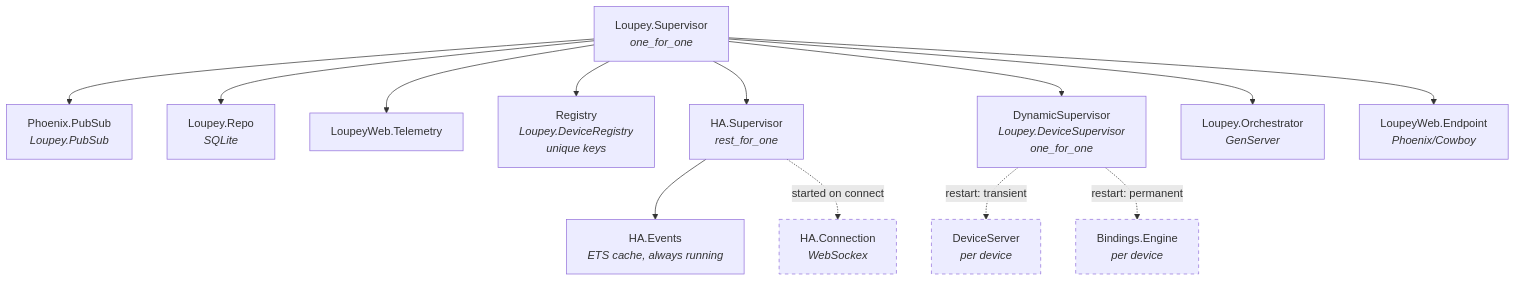
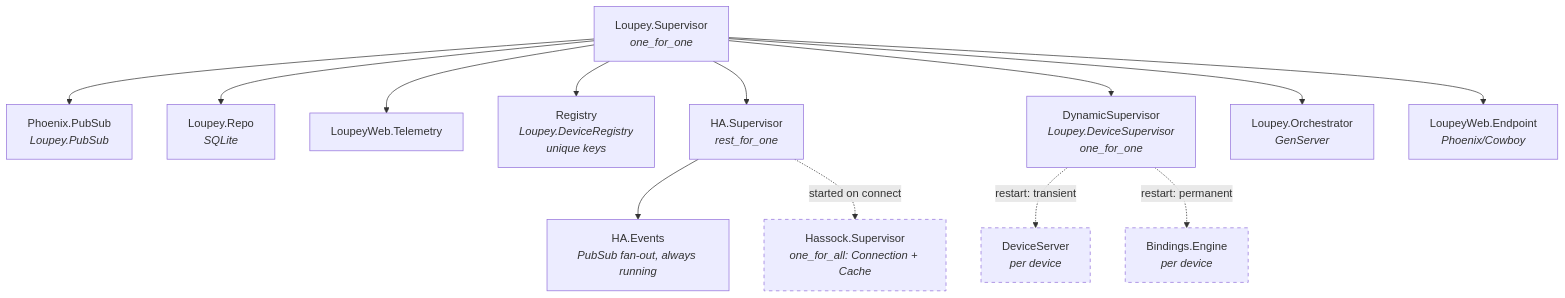
Before and after one commit to bbangert/loupey: the diagram in guides/architecture.md, drawn with Mermaid. The commit also changed other lines of this file and 4 other files, not shown here.

````diff
--- a/guides/architecture.md
+++ b/guides/architecture.md
@@ -5,23 +5,23 @@
 ```mermaid
 graph TD
     App["Loupey.Supervisor<br/><i>one_for_one</i>"]
 
     App --> PubSub["Phoenix.PubSub<br/><i>Loupey.PubSub</i>"]
     App --> Repo["Loupey.Repo<br/><i>SQLite</i>"]
     App --> Telemetry["LoupeyWeb.Telemetry"]
     App --> Registry["Registry<br/><i>Loupey.DeviceRegistry</i><br/><i>unique keys</i>"]
     App --> HASup["HA.Supervisor<br/><i>rest_for_one</i>"]
     App --> DynSup["DynamicSupervisor<br/><i>Loupey.DeviceSupervisor</i><br/><i>one_for_one</i>"]
     App --> Orch["Loupey.Orchestrator<br/><i>GenServer</i>"]
     App --> Endpoint["LoupeyWeb.Endpoint<br/><i>Phoenix/Cowboy</i>"]
 
-    HASup --> Events["HA.Events<br/><i>ETS cache, always running</i>"]
-    HASup -.->|"started on connect"| Conn["HA.Connection<br/><i>WebSockex</i>"]
+    HASup --> Events["HA.Events<br/><i>PubSub fan-out, always running</i>"]
+    HASup -.->|"started on connect"| HassockSup["Hassock.Supervisor<br/><i>one_for_all: Connection + Cache</i>"]
 
     DynSup -.->|"restart: transient"| DS1["DeviceServer<br/><i>per device</i>"]
     DynSup -.->|"restart: permanent"| Eng1["Bindings.Engine<br/><i>per device</i>"]
 
     style DS1 stroke-dasharray: 5 5
     style Eng1 stroke-dasharray: 5 5
-    style Conn stroke-dasharray: 5 5
+    style HassockSup stroke-dasharray: 5 5
 ```
````
